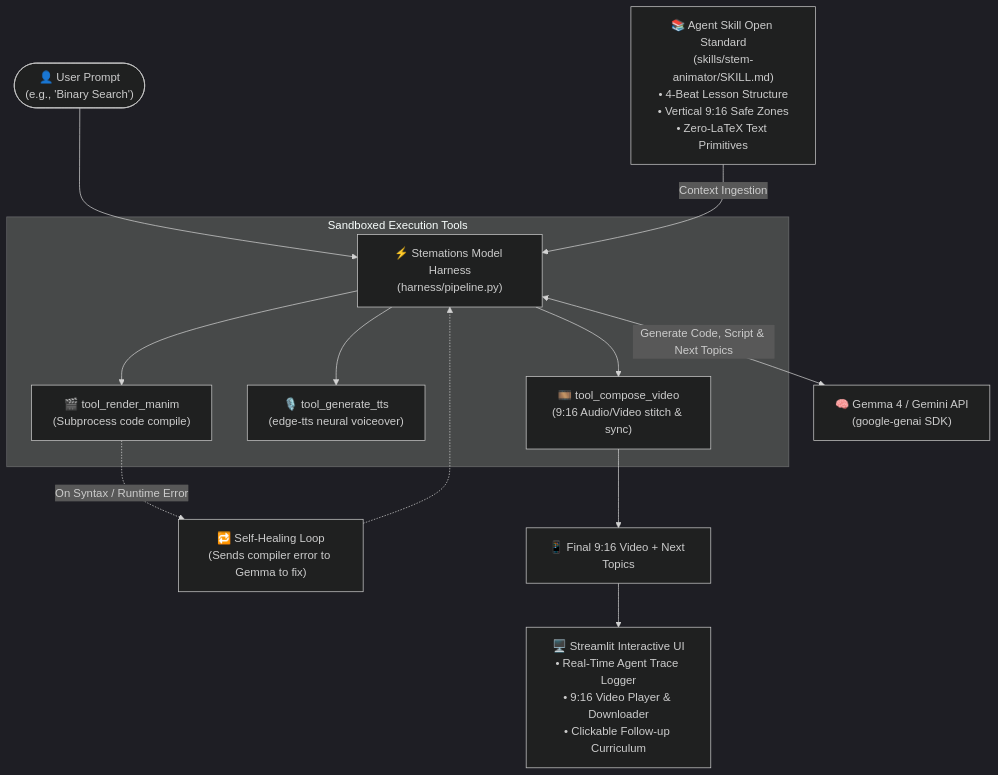
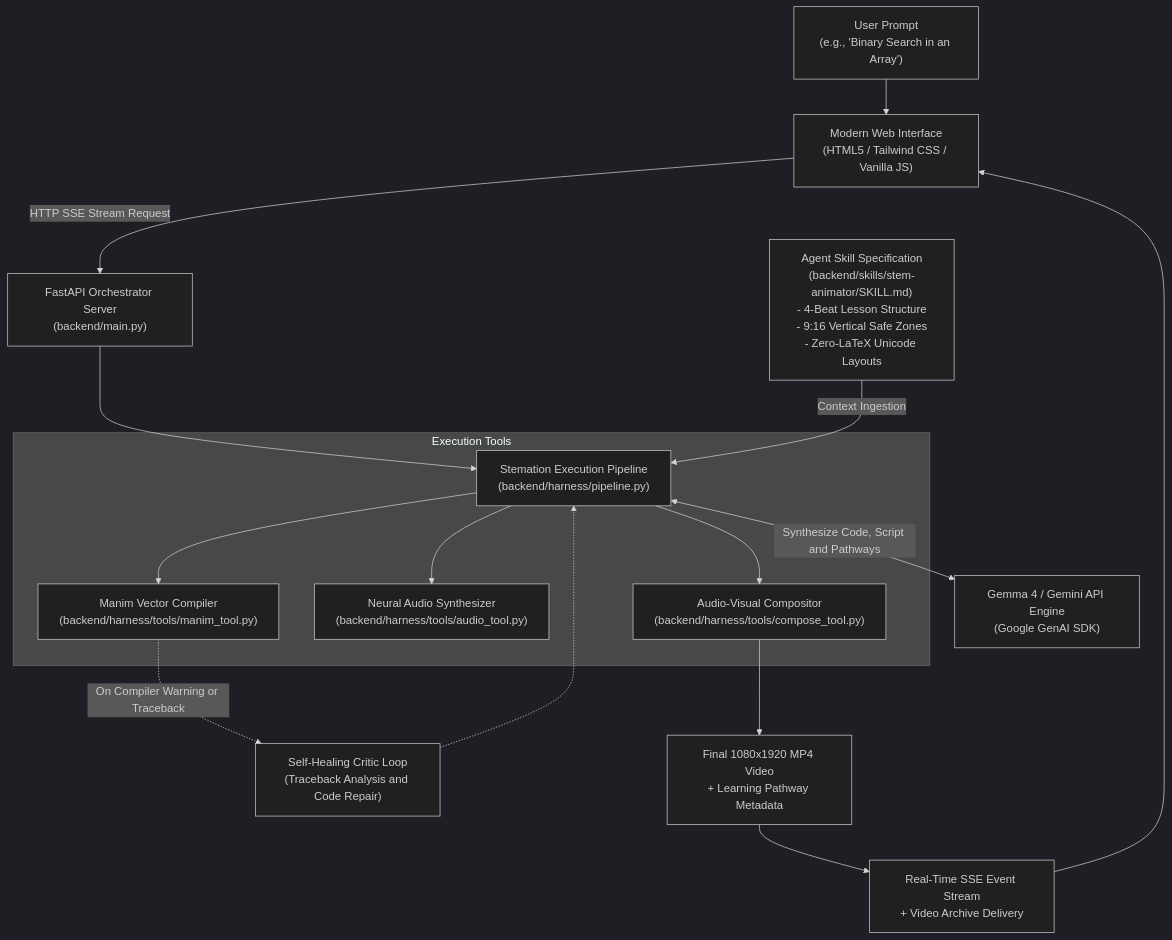
Before and after one commit to Haider-Ali7/stemations: the diagram in README.md, drawn with Mermaid (dark theme). The commit also changed other lines of this file and 37 other files, not shown here.

Commit message:
feat: complete frontend overhaul, backend hardening, rate limiting, and Render deployment setup

````diff
--- a/README.md
+++ b/README.md
@@ -52,20 +47,26 @@
 ```mermaid
 flowchart TD
-    User(["👤 User Prompt\n(e.g., 'Binary Search')"]) --> Harness["⚡ Stemations Model Harness\n(harness/pipeline.py)"]
+    User["User Prompt\n(e.g., 'Binary Search in an Array')"] --> WebUI["Modern Web Interface\n(HTML5 / Tailwind CSS / Vanilla JS)"]
     
-    Skill["📚 Agent Skill Open Standard\n(skills/stem-animator/SKILL.md)\n• 4-Beat Lesson Structure\n• Vertical 9:16 Safe Zones\n• Zero-LaTeX Text Primitives"] -->|Context Ingestion| Harness
+    WebUI -->|HTTP SSE Stream Request| API["FastAPI Orchestrator Server\n(backend/main.py)"]
     
-    Harness <-->|Generate Code, Script & Next Topics| Gemma["🧠 Gemma 4 / Gemini API\n(google-genai SDK)"]
+    API --> Pipeline["Stemation Execution Pipeline\n(backend/harness/pipeline.py)"]
     
-    subgraph Sandboxed Execution Tools
-        Harness --> ToolManim["🎬 tool_render_manim\n(Subprocess code compile)"]
-        Harness --> ToolTTS["🎙️ tool_generate_tts\n(edge-tts neural voiceover)"]
-        Harness --> ToolCompose["🎞️ tool_compose_video\n(9:16 Audio/Video stitch & sync)"]
+    SkillSpec["Agent Skill Specification\n(backend/skills/stem-animator/SKILL.md)\n- 4-Beat Lesson Structure\n- 9:16 Vertical Safe Zones\n- Zero-LaTeX Unicode Layouts"] -->|Context Ingestion| Pipeline
+    
+    Pipeline <-->|Synthesize Code, Script and Pathways| ModelEngine["Gemma 4 / Gemini API Engine\n(Google GenAI SDK)"]
+    
+    subgraph Execution Tools
+        Pipeline --> ToolManim["Manim Vector Compiler\n(backend/harness/tools/manim_tool.py)"]
+        Pipeline --> ToolAudio["Neural Audio Synthesizer\n(backend/harness/tools/audio_tool.py)"]
+        Pipeline --> ToolCompose["Audio-Visual Compositor\n(backend/harness/tools/compose_tool.py)"]
     end
     
-    ToolManim -.->|On Syntax / Runtime Error| SelfHeal["🔁 Self-Healing Loop\n(Sends compiler error to Gemma to fix)"]
-    SelfHeal -.-> Harness
+    ToolManim -.->|On Compiler Warning or Traceback| CriticLoop["Self-Healing Critic Loop\n(Traceback Analysis and Code Repair)"]
+    CriticLoop -.-> Pipeline
     
-    ToolCompose --> Final["📱 Final 9:16 Video + Next Topics"]
-    Final --> UI["🖥️ Streamlit Interactive UI\n• Real-Time Agent Trace Logger\n• 9:16 Video Player & Downloader\n• Clickable Follow-up Curriculum"]
+    ToolCompose --> FinalArtifact["Final 1080x1920 MP4 Video\n+ Learning Pathway Metadata"]
+    
+    FinalArtifact --> StreamDelivery["Real-Time SSE Event Stream\n+ Video Archive Delivery"]
+    StreamDelivery --> WebUI
 ```
````
